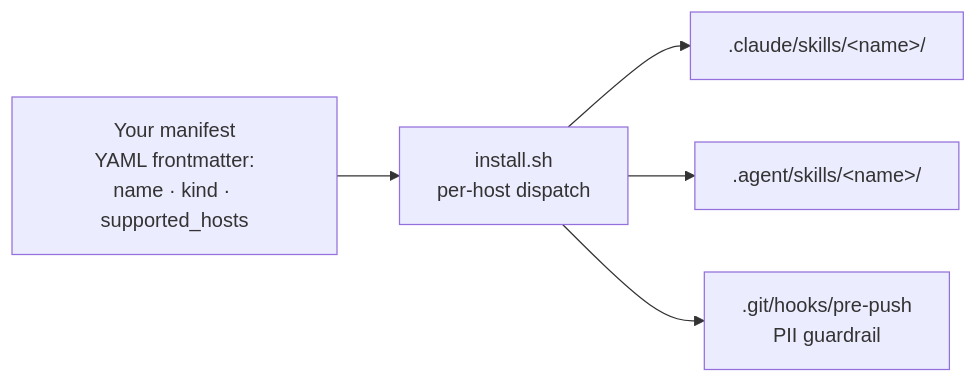
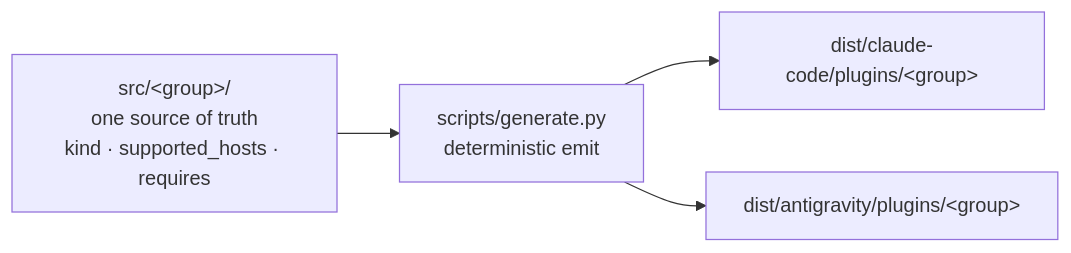
The diagram in README.md (alexherrero/crickets), drawn with Mermaid before and after one commit. The commit also changed other lines of this file and 3 other files, not shown here.

````diff
--- a/README.md
+++ b/README.md
@@ -79,13 +54,10 @@
 ```mermaid
 flowchart LR
-    M[Your manifest<br/>YAML frontmatter:<br/>name · kind · supported_hosts]
-    I[install.sh<br/>per-host dispatch]
-    C[.claude/skills/&lt;name&gt;/]
-    A[.agent/skills/&lt;name&gt;/]
-    H[.git/hooks/pre-push<br/>PII guardrail]
-
-    M --> I
-    I --> C
-    I --> A
-    I --> H
+    S[src/&lt;group&gt;/<br/>one source of truth<br/>kind · supported_hosts · requires]
+    G[scripts/generate.py<br/>deterministic emit]
+    CC[dist/claude-code/plugins/&lt;group&gt;]
+    AG[dist/antigravity/plugins/&lt;group&gt;]
+    S --> G
+    G --> CC
+    G --> AG
 ```
````
